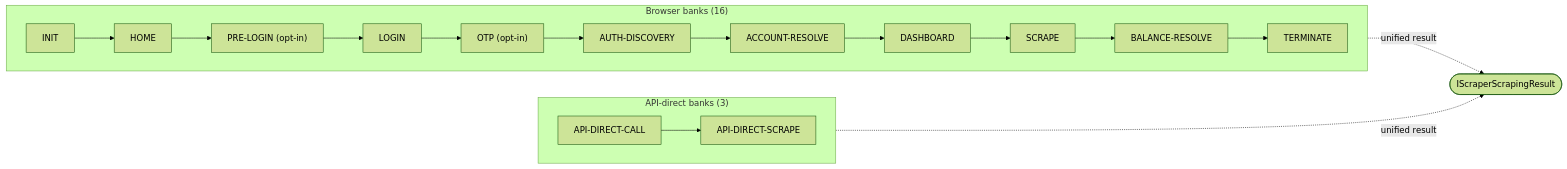
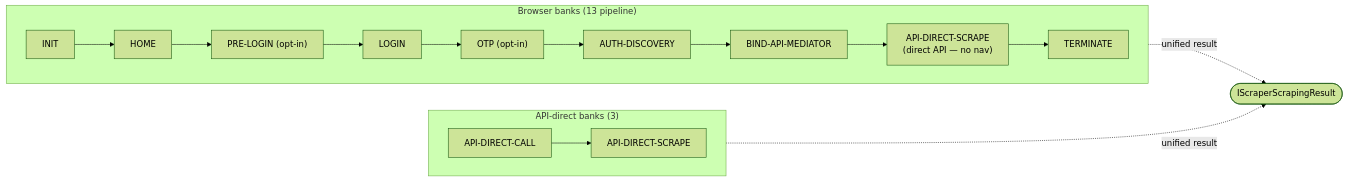
Before and after one commit to sergienko4/israeli-bank-scrapers: the diagram in docs/index.md, drawn with Mermaid (forest theme). The commit also changed other lines of this file and 5 other files, not shown here.

First line of the commit message:
docs: direct-API-after-login pipeline for 8.6.0 (#415)

````diff
--- a/docs/index.md
+++ b/docs/index.md
@@ -37,18 +37,18 @@
 ```mermaid
 flowchart LR
-    subgraph BB["Browser banks (16)"]
+    subgraph BB["Browser banks (13 pipeline)"]
       direction LR
       INIT --> HOME --> PRELOGIN["PRE-LOGIN (opt-in)"]
       PRELOGIN --> LOGIN --> OTP["OTP (opt-in)"]
-      OTP --> AUTH["AUTH-DISCOVERY"] --> ACCT["ACCOUNT-RESOLVE"] --> DASH["DASHBOARD"]
-      DASH --> SCRAPE --> BAL["BALANCE-RESOLVE"] --> TERM["TERMINATE"]
+      OTP --> AUTH["AUTH-DISCOVERY"] --> BIND["BIND-API-MEDIATOR"]
+      BIND --> SCRAPE["API-DIRECT-SCRAPE<br/>(direct API — no nav)"] --> TERM["TERMINATE"]
     end
 
     subgraph API["API-direct banks (3)"]
       direction LR
       CALL["API-DIRECT-CALL"] --> SCR["API-DIRECT-SCRAPE"]
     end
 
     BB -.->|"unified result"| RESULT(["IScraperScrapingResult"])
     API -.->|"unified result"| RESULT
 ```
````
